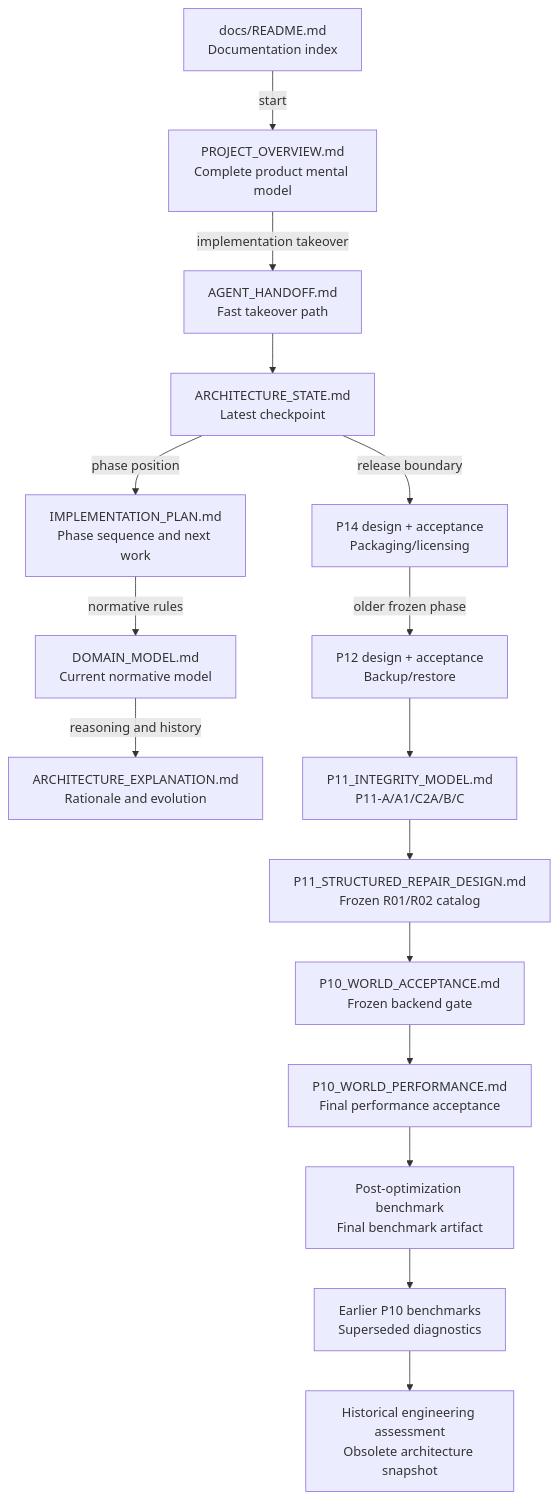
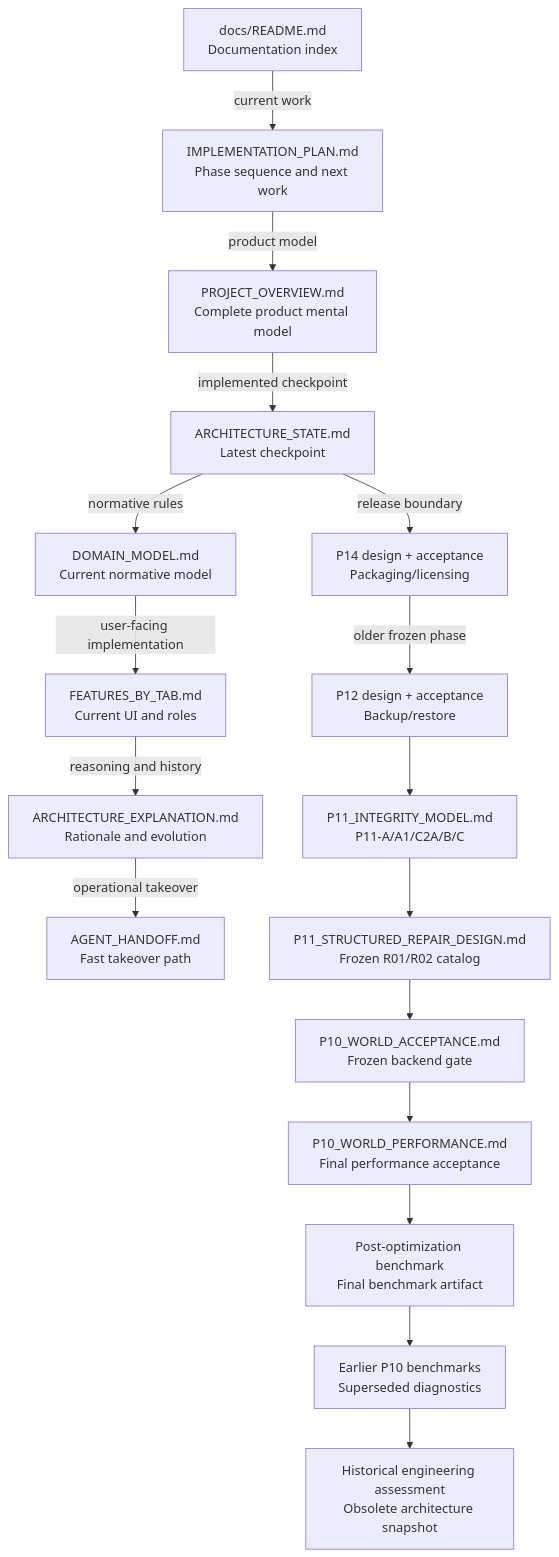
One commit to suraj-singh12/sentri-face-edge changed the diagram in docs/README.md. Above: the diagram before and after it, drawn with Mermaid. The commit also changed other lines of this file and 44 other files, not shown here.

````diff
--- a/docs/README.md
+++ b/docs/README.md
@@ -31,39 +37,41 @@
 ```mermaid
 flowchart TD
     INDEX["docs/README.md<br/>Documentation index"]
     OVERVIEW["PROJECT_OVERVIEW.md<br/>Complete product mental model"]
     HANDOFF["AGENT_HANDOFF.md<br/>Fast takeover path"]
 
     STATE["ARCHITECTURE_STATE.md<br/>Latest checkpoint"]
     PLAN["IMPLEMENTATION_PLAN.md<br/>Phase sequence and next work"]
     DOMAIN["DOMAIN_MODEL.md<br/>Current normative model"]
+    FEATURES["FEATURES_BY_TAB.md<br/>Current UI and roles"]
     EXPLAIN["ARCHITECTURE_EXPLANATION.md<br/>Rationale and evolution"]
 
     P11I["P11_INTEGRITY_MODEL.md<br/>P11-A/A1/C2A/B/C"]
     P11R["P11_STRUCTURED_REPAIR_DESIGN.md<br/>Frozen R01/R02 catalog"]
     P12["P12 design + acceptance<br/>Backup/restore"]
     P14["P14 design + acceptance<br/>Packaging/licensing"]
 
     P10A["P10_WORLD_ACCEPTANCE.md<br/>Frozen backend gate"]
     P10P["P10_WORLD_PERFORMANCE.md<br/>Final performance acceptance"]
     P10FINAL["Post-optimization benchmark<br/>Final benchmark artifact"]
     P10OLD["Earlier P10 benchmarks<br/>Superseded diagnostics"]
     HIST["Historical engineering assessment<br/>Obsolete architecture snapshot"]
 
-    INDEX -->|"start"| OVERVIEW
-    OVERVIEW -->|"implementation takeover"| HANDOFF
-    HANDOFF --> STATE
-    STATE -->|"phase position"| PLAN
-    PLAN -->|"normative rules"| DOMAIN
-    DOMAIN -->|"reasoning and history"| EXPLAIN
+    INDEX -->|"current work"| PLAN
+    PLAN -->|"product model"| OVERVIEW
+    OVERVIEW -->|"implemented checkpoint"| STATE
+    STATE -->|"normative rules"| DOMAIN
+    DOMAIN -->|"user-facing implementation"| FEATURES
+    FEATURES -->|"reasoning and history"| EXPLAIN
+    EXPLAIN -->|"operational takeover"| HANDOFF
 
     STATE -->|"release boundary"| P14
     P14 -->|"older frozen phase"| P12
     P12 --> P11I
     P11I --> P11R
     P11R --> P10A
     P10A --> P10P
     P10P --> P10FINAL
     P10FINAL --> P10OLD
     P10OLD --> HIST
 ```
````
